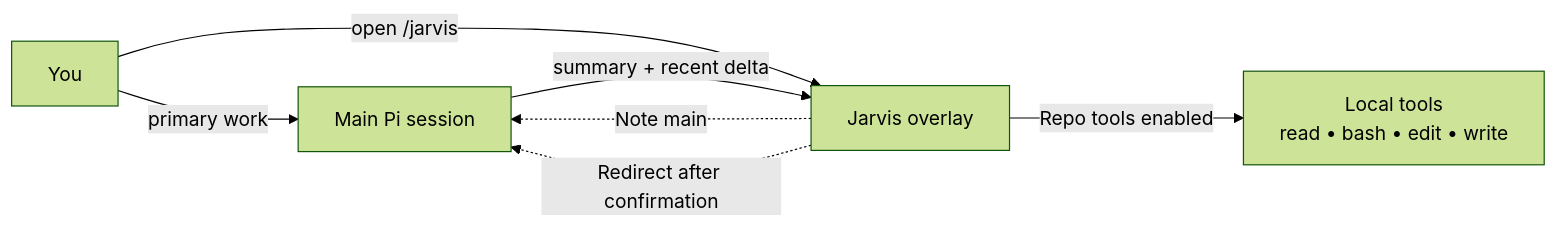
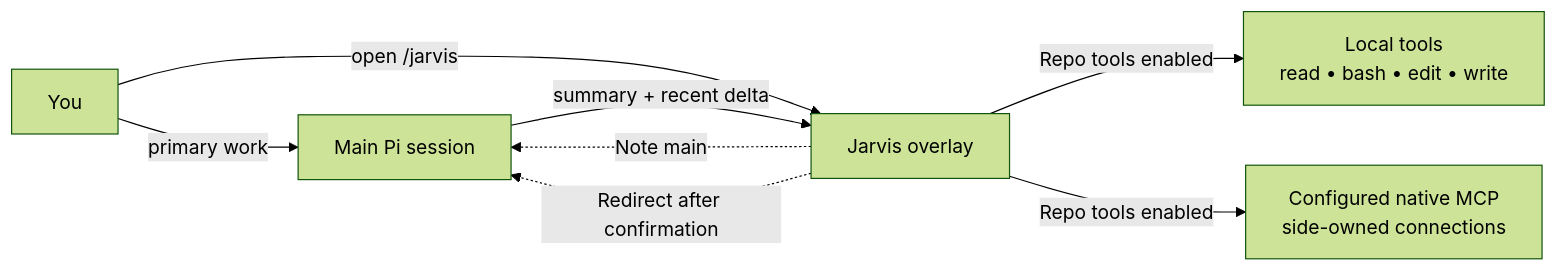
One commit to crustyhacker/pi-jarvis changed the first of 5 diagrams in README.md. Above: the diagram before and after it, drawn with Mermaid (forest theme). The commit also changed other lines of this file and 17 other files, not shown here.

````diff
--- a/README.md
+++ b/README.md
@@ -69,9 +91,10 @@
 ```mermaid
 flowchart LR
     U[You] -->|primary work| M[Main Pi session]
     U -->|open /jarvis| J[Jarvis overlay]
     M -->|summary + recent delta| J
     J -->|Repo tools enabled| R[Local tools\nread • bash • edit • write]
+    J -->|Repo tools enabled| C[Configured native MCP\nside-owned connections]
     J -. Note main .-> M
     J -. Redirect after confirmation .-> M
 ```
````
